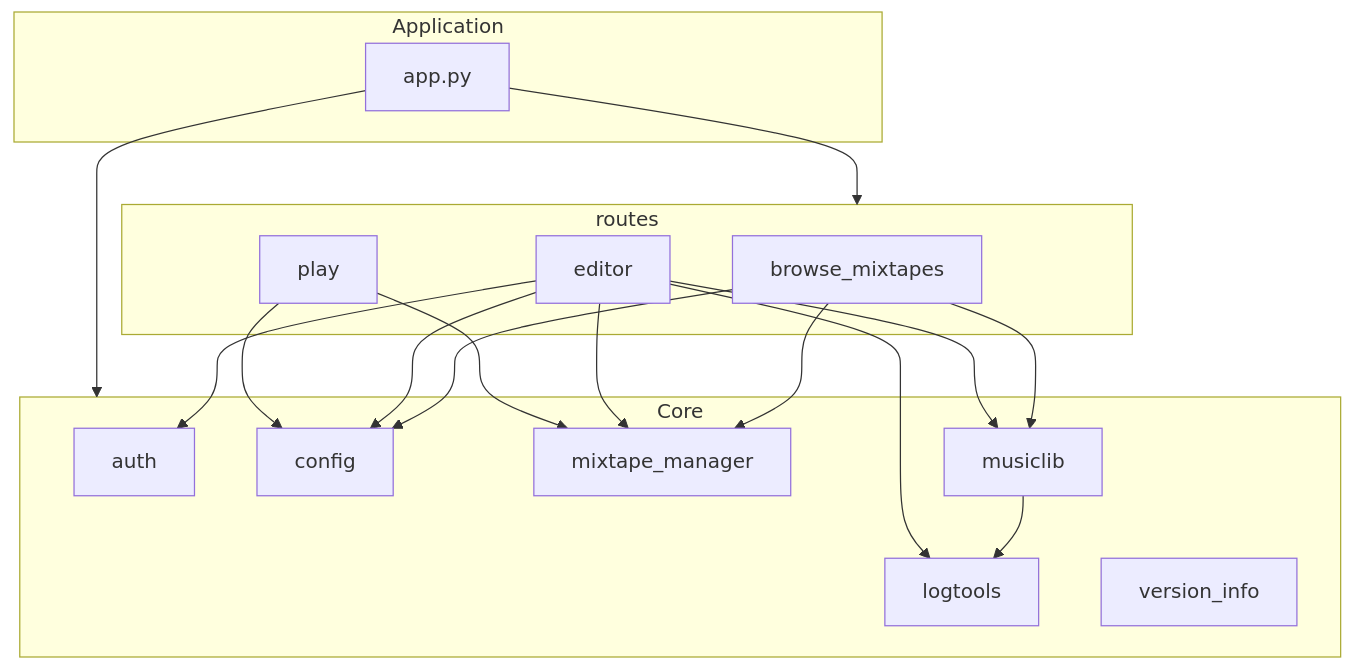
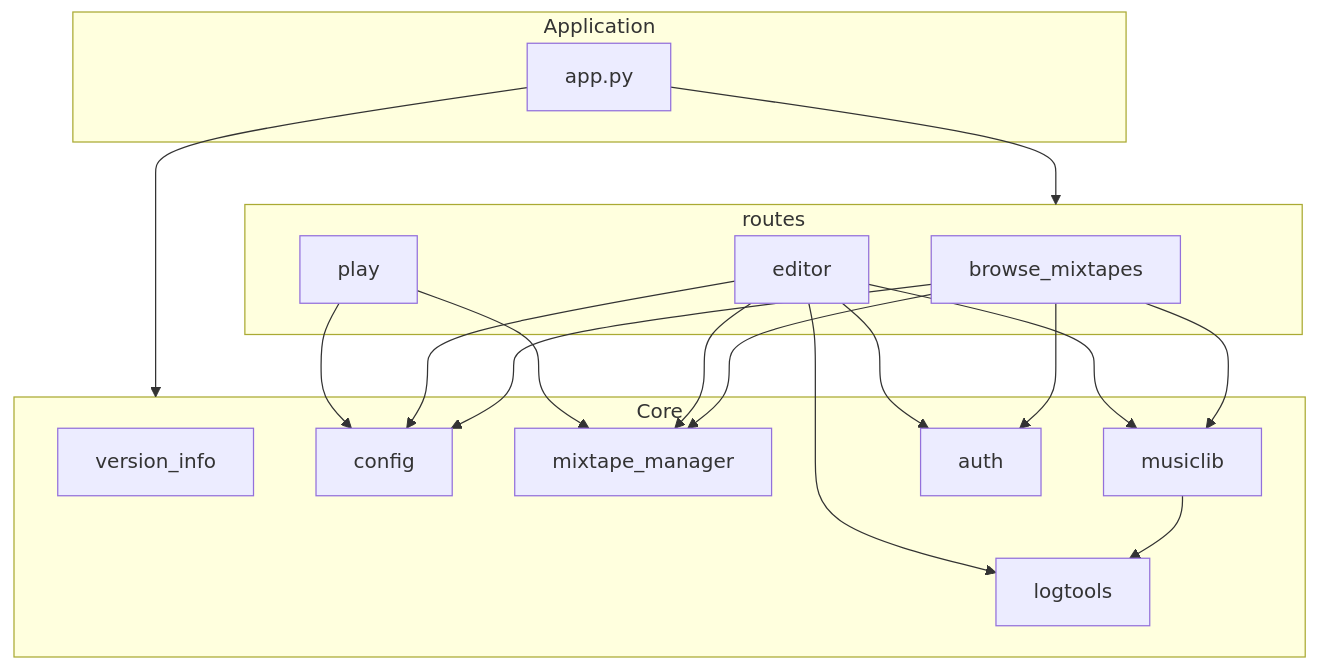
The diagram in docs/development/project_modules.md (mark-me/mixtape-society), drawn with Mermaid before and after one commit. The commit also changed 4 other files, not shown here.

````diff
--- a/docs/development/project_modules.md
+++ b/docs/development/project_modules.md
@@ -41,39 +41,40 @@
 ```mermaid
 graph TD
     subgraph Application
         app.py
     end
 
     subgraph Core
-        auth
+        version_info
         config
         logtools
         mixtape_manager
         musiclib
-        version_info
+        auth
     end
 
     subgraph routes
         browse_mixtapes
         editor
         play
     end
 
     app.py --> Core
     app.py --> routes
 
     musiclib --> logtools
 
     browse_mixtapes --> mixtape_manager
     browse_mixtapes --> config
     browse_mixtapes --> musiclib
+    browse_mixtapes --> auth
 
     editor --> mixtape_manager
     editor --> auth
     editor --> config
     editor --> logtools
     editor --> musiclib
 
     play --> mixtape_manager
     play --> config
 ```
````
